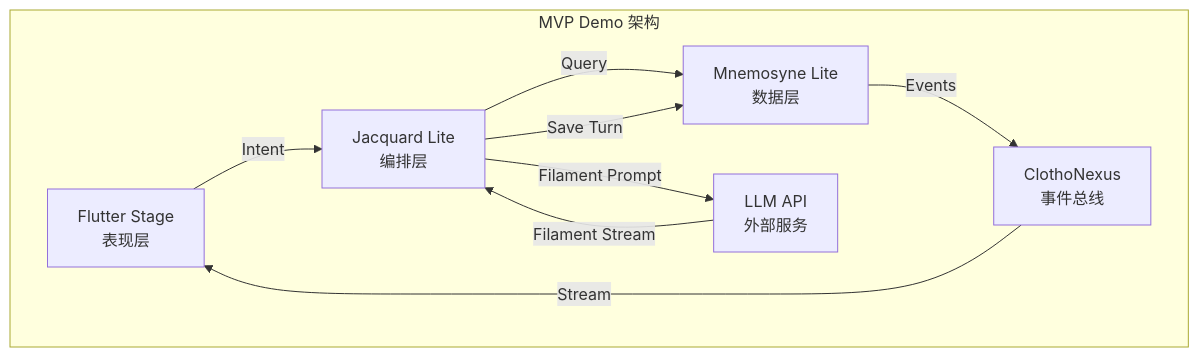
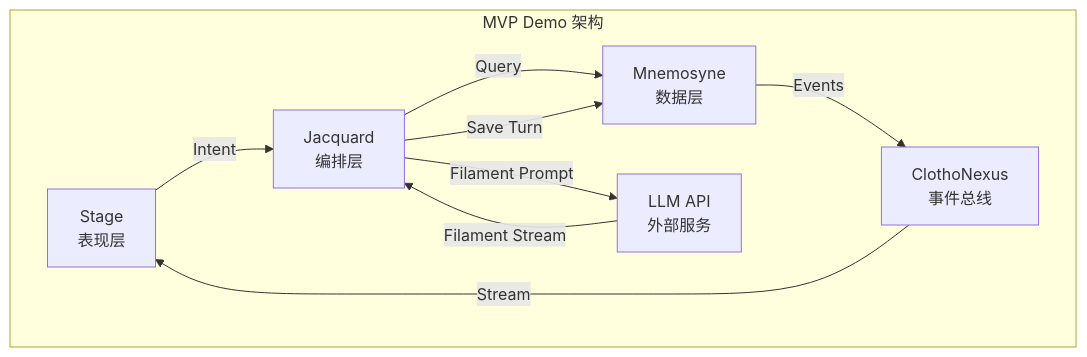
The second of 2 diagrams in 02_active_plans/mvp-demo-design-spec.md (Abgetrennter/Clotho-Design), drawn with Mermaid before and after one commit. The commit also changed other lines of this file, not shown here.

````diff
--- a/02_active_plans/mvp-demo-design-spec.md
+++ b/02_active_plans/mvp-demo-design-spec.md
@@ -192,18 +369,18 @@
 ```mermaid
 graph TD
     subgraph "MVP Demo 架构"
-        UI[Flutter Stage<br/>表现层]
-        J[Jacquard Lite<br/>编排层]
-        M[Mnemosyne Lite<br/>数据层]
+        UI[Stage<br/>表现层]
+        J[Jacquard<br/>编排层]
+        M[Mnemosyne<br/>数据层]
         L[LLM API<br/>外部服务]
         CN[ClothoNexus<br/>事件总线]
     end
 
     UI -->|Intent| J
     J -->|Query| M
     J -->|Filament Prompt| L
     L -->|Filament Stream| J
     J -->|Save Turn| M
     M -->|Events| CN
     CN -->|Stream| UI
 ```
````
